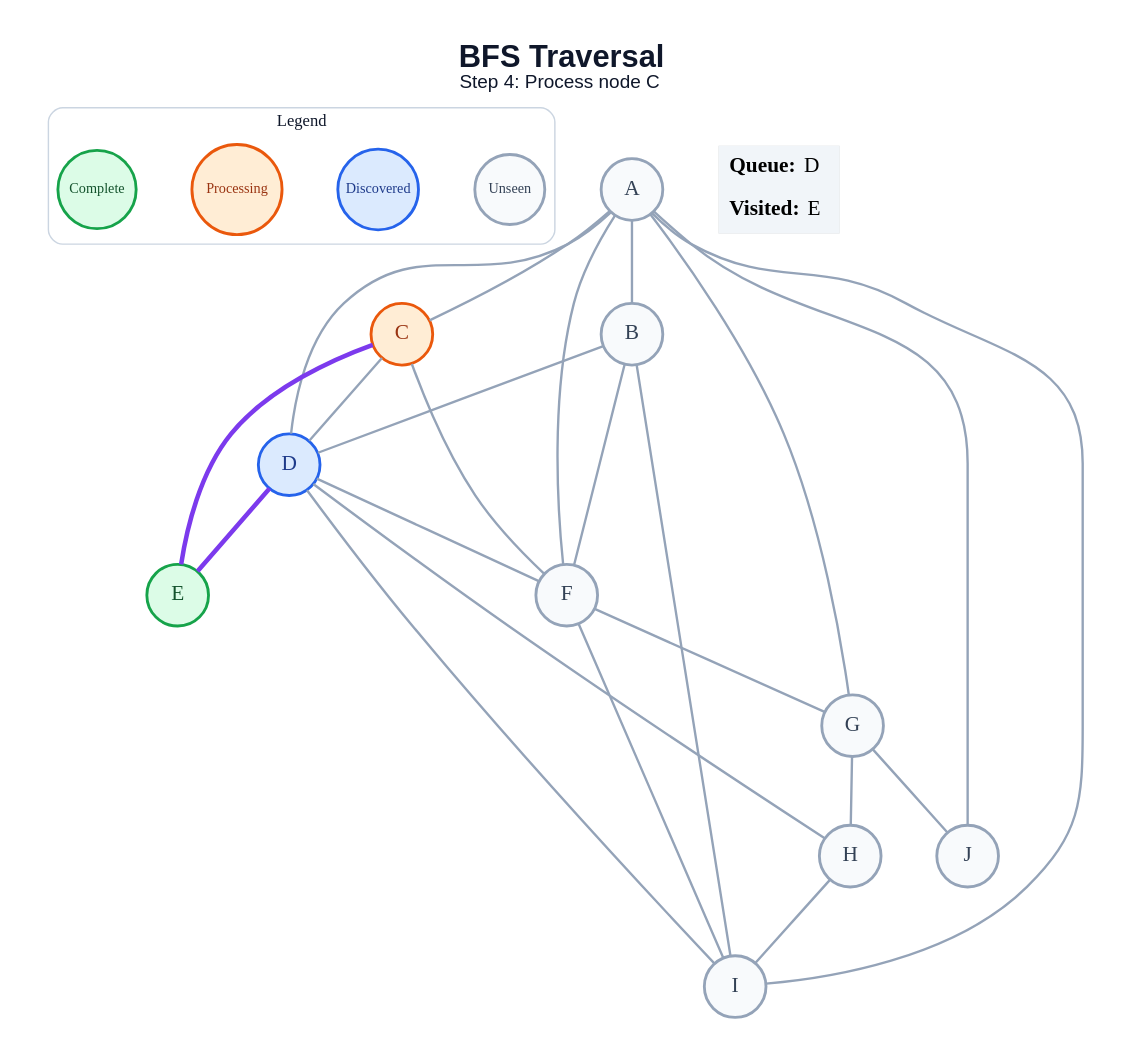
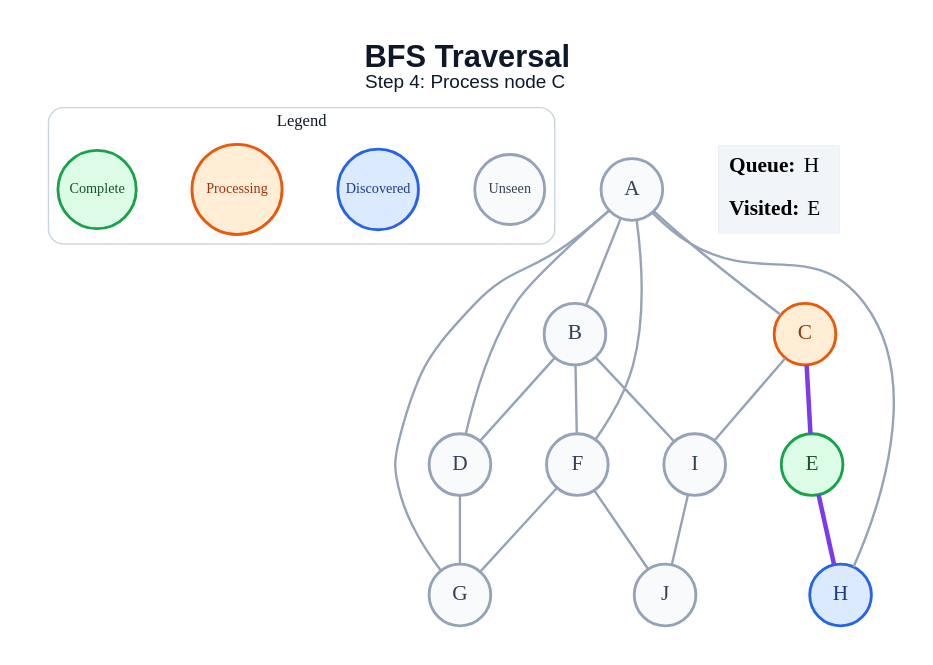
One commit to amanghodawala9/ai-slop changed the diagram in generated/specific-node/bfs/step_04.dot. Above: the diagram before and after it, drawn with Graphviz. The commit also changed 178 other files, not shown here.

```diff
--- a/generated/specific-node/bfs/step_04.dot
+++ b/generated/specific-node/bfs/step_04.dot
@@ -1,51 +1,45 @@
 graph traversal {
   graph [layout=dot, rankdir=TB, bgcolor="#FFFFFF", pad="0.35", nodesep="0.65", ranksep="0.8", fontname="Arial"];
   node [shape=circle, style="filled", fontname="Arial Bold", fontsize=18, width=0.72, fixedsize=true, penwidth=2.4];
   edge [color="#94A3B8", penwidth=2.0];
   label=<<B>BFS Traversal</B><BR/><FONT POINT-SIZE="16">Step 4: Process node C</FONT>>; labelloc="t"; fontsize=26; fontname="Arial"; fontcolor="#0F172A";
   subgraph cluster_legend { label="Legend"; color="#CBD5E1"; penwidth=1.2; style="rounded"; fontsize=14; fontname="Arial Bold";
     key_unseen [label="Unseen", fillcolor="#F8FAFC", color="#94A3B8", fontcolor="#334155", fontsize=12, width=0.82];
     key_frontier [label="Discovered", fillcolor="#DBEAFE", color="#2563EB", fontcolor="#1E3A8A", fontsize=12, width=0.95];
     key_current [label="Processing", fillcolor="#FFEDD5", color="#EA580C", fontcolor="#9A3412", fontsize=12, width=1.05];
     key_done [label="Complete", fillcolor="#DCFCE7", color="#16A34A", fontcolor="#14532D", fontsize=12, width=0.92];
     { rank=same; key_unseen; key_frontier; key_current; key_done; }
   }
   A [fillcolor="#F8FAFC", color="#94A3B8", fontcolor="#334155"];
   B [fillcolor="#F8FAFC", color="#94A3B8", fontcolor="#334155"];
   C [fillcolor="#FFEDD5", color="#EA580C", fontcolor="#9A3412"];
-  D [fillcolor="#DBEAFE", color="#2563EB", fontcolor="#1E3A8A"];
+  D [fillcolor="#F8FAFC", color="#94A3B8", fontcolor="#334155"];
   E [fillcolor="#DCFCE7", color="#16A34A", fontcolor="#14532D"];
   F [fillcolor="#F8FAFC", color="#94A3B8", fontcolor="#334155"];
   G [fillcolor="#F8FAFC", color="#94A3B8", fontcolor="#334155"];
-  H [fillcolor="#F8FAFC", color="#94A3B8", fontcolor="#334155"];
+  H [fillcolor="#DBEAFE", color="#2563EB", fontcolor="#1E3A8A"];
   I [fillcolor="#F8FAFC", color="#94A3B8", fontcolor="#334155"];
   J [fillcolor="#F8FAFC", color="#94A3B8", fontcolor="#334155"];
   A -- B;
   A -- C;
   A -- D;
   A -- F;
   A -- G;
-  A -- I;
-  A -- J;
+  A -- H;
   B -- D;
   B -- F;
   B -- I;
-  C -- D;
   C -- E [color="#7C3AED", penwidth=3.8];
-  C -- F;
-  D -- E [color="#7C3AED", penwidth=3.8];
-  D -- F;
-  D -- H;
-  D -- I;
+  C -- I;
+  D -- G;
+  E -- H [color="#7C3AED", penwidth=3.8];
   F -- G;
-  F -- I;
-  G -- H;
-  G -- J;
-  H -- I;
+  F -- J;
+  I -- J;
   status [shape=plain, fixedsize=false, width=0, height=0, margin=0, label=<
     <TABLE BORDER="0" CELLBORDER="0" CELLPADDING="7" BGCOLOR="#F1F5F9">
-      <TR><TD ALIGN="LEFT"><B>Queue:</B> D</TD></TR>
+      <TR><TD ALIGN="LEFT"><B>Queue:</B> H</TD></TR>
       <TR><TD ALIGN="LEFT"><B>Visited:</B> E</TD></TR>
     </TABLE>
   >];
 }
```
